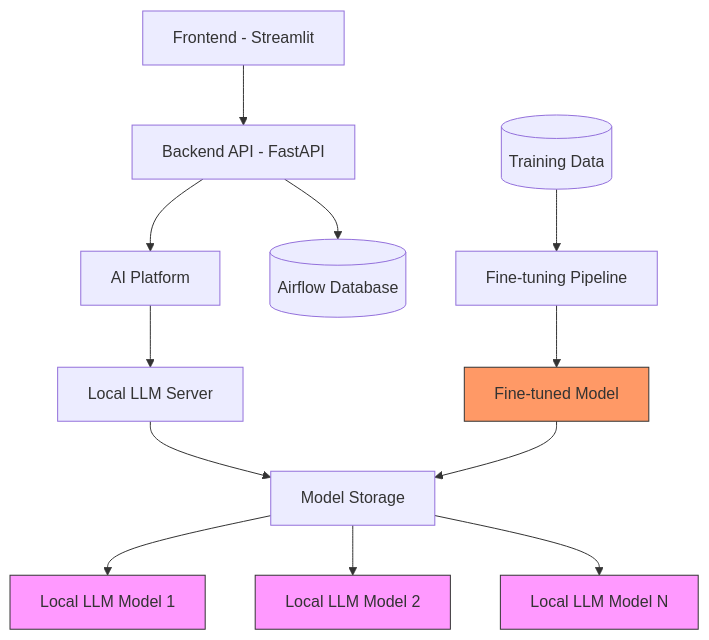
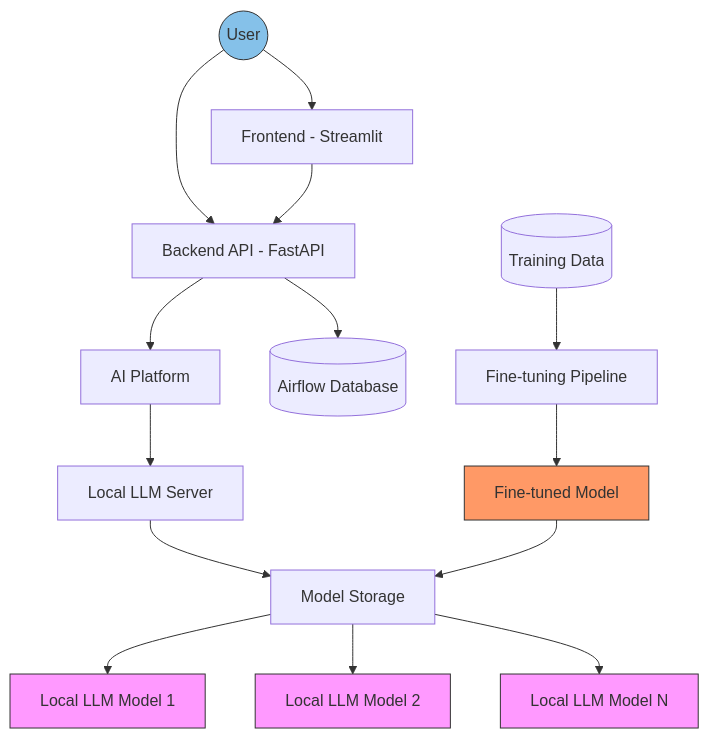
Before and after one commit to bier-ml/lunapark: the first of 2 diagrams in design_doc.md, drawn with Mermaid.

Commit message:
add user to the diagram

````diff
--- a/design_doc.md
+++ b/design_doc.md
@@ -165,22 +165,28 @@
 ```mermaid
 graph TD
-    A[Frontend - Streamlit] --> B[Backend API - FastAPI]
+    %% User interactions
+    U((User)) --> A[Frontend - Streamlit]
+    U --> B[Backend API - FastAPI]
+    
+    %% Main flow
+    A --> B
     B --> C[AI Platform]
     C --> D[Local LLM Server]
     B --> E[(Airflow Database)]
     D --> F[Model Storage]
     F --> G1[Local LLM Model 1]
     F --> G2[Local LLM Model 2]
     F --> G3[Local LLM Model N]
     
     %% Fine-tuning flow
     H[(Training Data)] --> I[Fine-tuning Pipeline]
     I --> J[Fine-tuned Model]
     J --> F
     
     %% Style for multiple models
     style G1 fill:#f9f,stroke:#333
     style G2 fill:#f9f,stroke:#333
     style G3 fill:#f9f,stroke:#333
     style J fill:#f96,stroke:#333
+    style U fill:#85C1E9,stroke:#333
 ```
````
